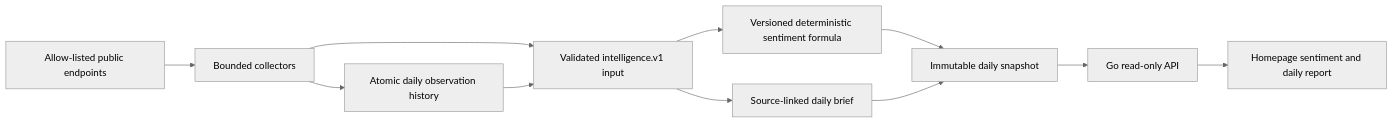
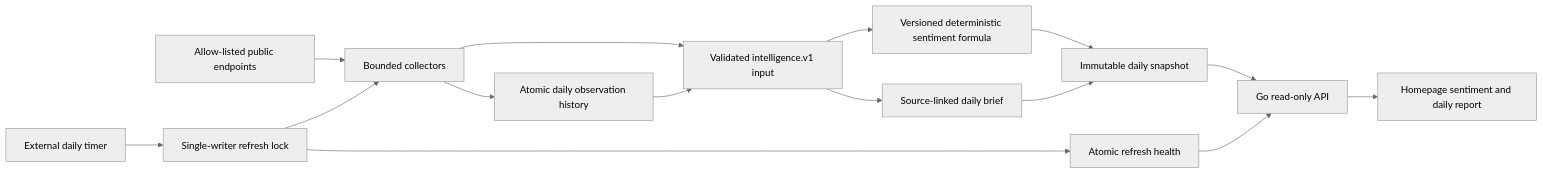
Before and after one commit to yanzhang404/QuantOS: the third of 6 diagrams in ARCHITECTURE.md, drawn with Mermaid (neutral theme). The commit also changed other lines of this file and 27 other files, not shown here.

Commit message:
Automate daily intelligence refresh

````diff
--- a/ARCHITECTURE.md
+++ b/ARCHITECTURE.md
@@ -80,13 +80,17 @@
 ```mermaid
 flowchart LR
     S["Allow-listed public endpoints"] --> C["Bounded collectors"]
     C --> H["Atomic daily observation history"]
     C --> N["Validated intelligence.v1 input"]
     H --> N
     N --> F["Versioned deterministic sentiment formula"]
     N --> B["Source-linked daily brief"]
     F --> J["Immutable daily snapshot"]
     B --> J
+    T["External daily timer"] --> L["Single-writer refresh lock"]
+    L --> C
     J --> API["Go read-only API"]
+    L --> O["Atomic refresh health"]
+    O --> API
     API --> W["Homepage sentiment and daily report"]
 ```
````
